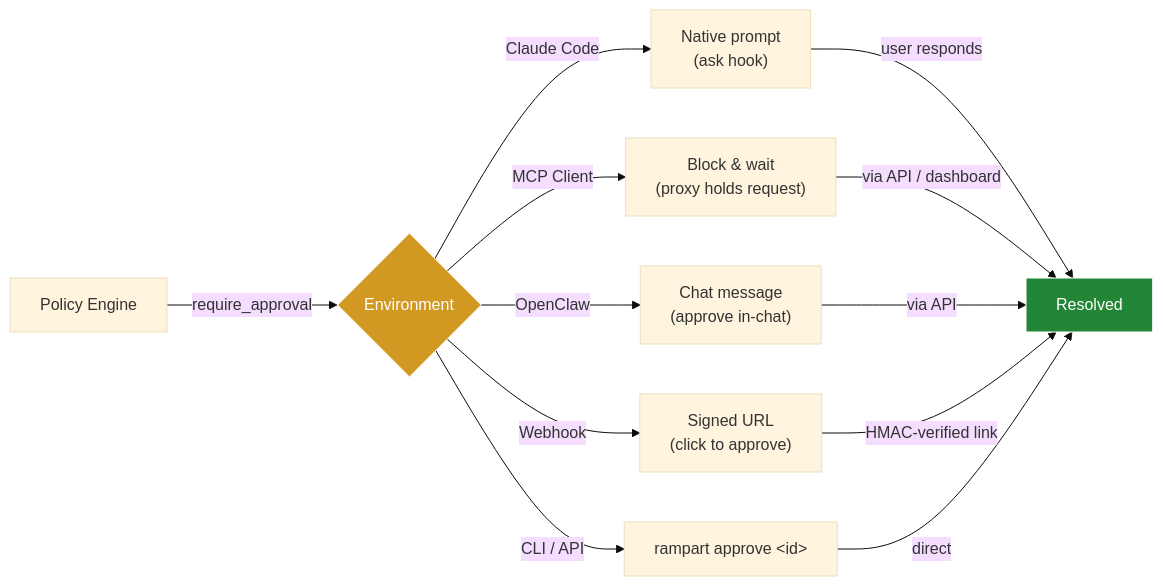
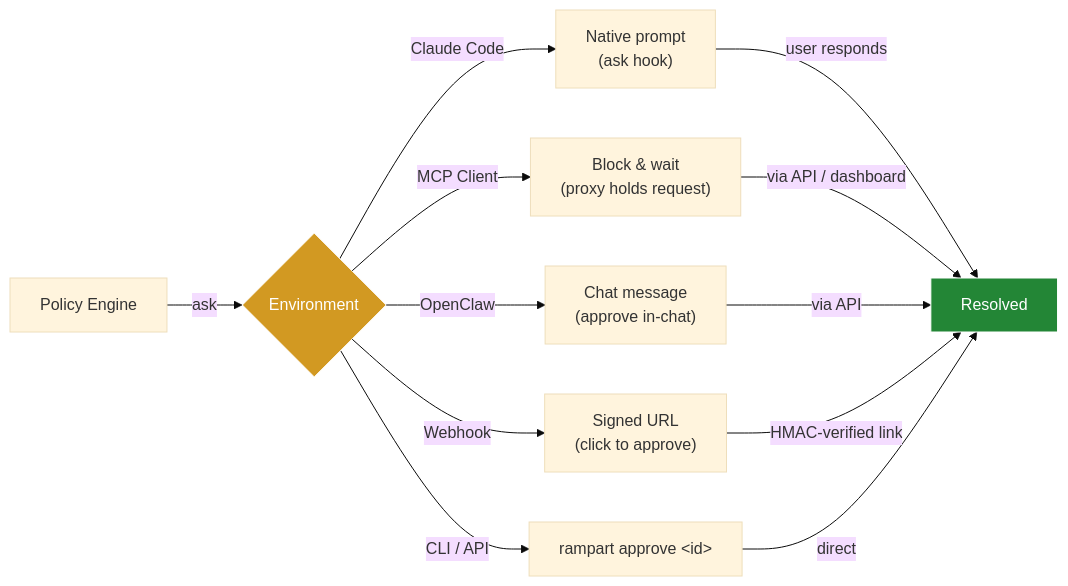
The diagram in README.md (peg/rampart), drawn with Mermaid (base theme) before and after one commit. The commit also changed other lines of this file and 1 other file, not shown here.

````diff
--- a/README.md
+++ b/README.md
@@ -457,18 +457,18 @@
 ```mermaid
 graph LR
-    PE[Policy Engine] -->|require_approval| D{Environment}
+    PE[Policy Engine] -->|ask| D{Environment}
     D -->|Claude Code| CC["Native prompt<br/>(ask hook)"]
     D -->|MCP Client| MCP["Block & wait<br/>(proxy holds request)"]
     D -->|OpenClaw| OC["Chat message<br/>(approve in-chat)"]
     D -->|Webhook| WH["Signed URL<br/>(click to approve)"]
     D -->|CLI / API| CLI["rampart approve &lt;id&gt;"]
 
     CC -->|user responds| R[Resolved]
     MCP -->|via API / dashboard| R
     OC -->|via API| R
     WH -->|HMAC-verified link| R
     CLI -->|direct| R
 
     style D fill:#d29922,stroke:#fff,color:#fff
     style R fill:#238636,stroke:#fff,color:#fff
 ```
````
